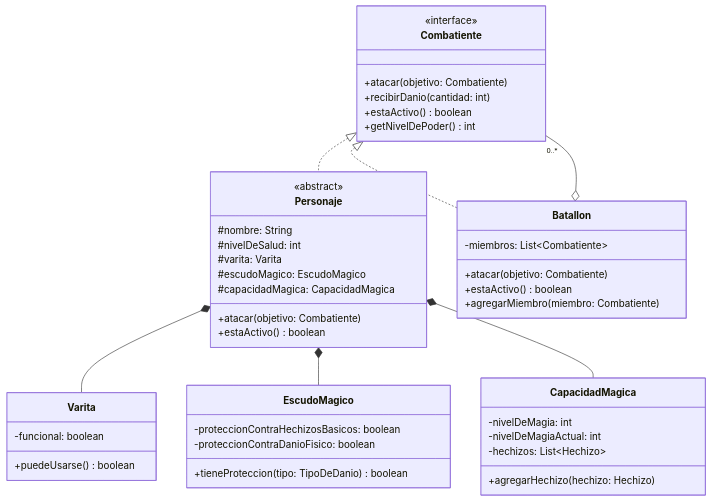
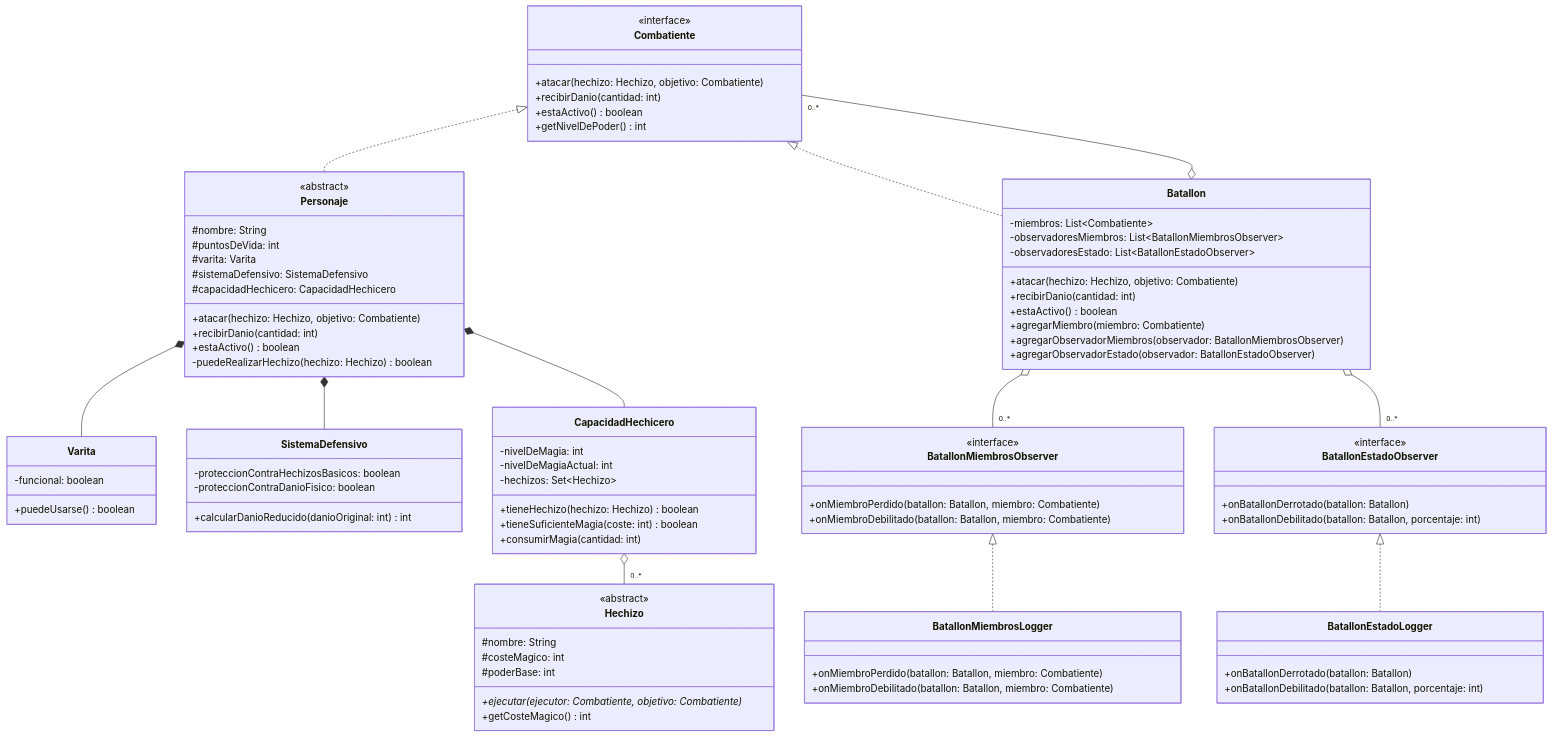
The diagram in diagrama-batalla.md (solc21/TP2-BatallaMyM), drawn with Mermaid before and after one commit. The commit also changed 59 other files, not shown here.

````diff
--- a/diagrama-batalla.md
+++ b/diagrama-batalla.md
@@ -3,53 +3,104 @@
 ```mermaid
 classDiagram
+    %% Interfaces
     class Combatiente {
         <<interface>>
-        +atacar(objetivo: Combatiente)
+        +atacar(hechizo: Hechizo, objetivo: Combatiente)
         +recibirDanio(cantidad: int)
         +estaActivo() boolean
         +getNivelDePoder() int
     }
-    
+
+    class BatallonMiembrosObserver {
+        <<interface>>
+        +onMiembroPerdido(batallon: Batallon, miembro: Combatiente)
+        +onMiembroDebilitado(batallon: Batallon, miembro: Combatiente)
+    }
+
+    class BatallonEstadoObserver {
+        <<interface>>
+        +onBatallonDerrotado(batallon: Batallon)
+        +onBatallonDebilitado(batallon: Batallon, porcentaje: int)
+    }
+
+    %% Clases principales
     class Personaje {
         <<abstract>>
         #nombre: String
-        #nivelDeSalud: int
+        #puntosDeVida: int
         #varita: Varita
-        #escudoMagico: EscudoMagico
-        #capacidadMagica: CapacidadMagica
-        +atacar(objetivo: Combatiente)
+        #sistemaDefensivo: SistemaDefensivo
+        #capacidadHechicero: CapacidadHechicero
+        +atacar(hechizo: Hechizo, objetivo: Combatiente)
+        +recibirDanio(cantidad: int)
         +estaActivo() boolean
+        -puedeRealizarHechizo(hechizo: Hechizo) boolean
     }
-    
-    class EscudoMagico {
+
+    class Batallon {
+        -miembros: List~Combatiente~
+        -observadoresMiembros: List~BatallonMiembrosObserver~
+        -observadoresEstado: List~BatallonEstadoObserver~
+        +atacar(hechizo: Hechizo, objetivo: Combatiente)
+        +recibirDanio(cantidad: int)
+        +estaActivo() boolean
+        +agregarMiembro(miembro: Combatiente)
+        +agregarObservadorMiembros(observador: BatallonMiembrosObserver)
+        +agregarObservadorEstado(observador: BatallonEstadoObserver)
+    }
+
+    %% Observadores concretos
+    class BatallonMiembrosLogger {
+        +onMiembroPerdido(batallon: Batallon, miembro: Combatiente)
+        +onMiembroDebilitado(batallon: Batallon, miembro: Combatiente)
+    }
+
+    class BatallonEstadoLogger {
+        +onBatallonDerrotado(batallon: Batallon)
+        +onBatallonDebilitado(batallon: Batallon, porcentaje: int)
+    }
+
+    %% Clases de apoyo
+    class Hechizo {
+        <<abstract>>
+        #nombre: String
+        #costeMagico: int
+        #poderBase: int
+        +ejecutar(ejecutor: Combatiente, objetivo: Combatiente)*
+        +getCosteMagico() int
+    }
+
+    class CapacidadHechicero {
+        -nivelDeMagia: int
+        -nivelDeMagiaActual: int
+        -hechizos: Set~Hechizo~
+        +tieneHechizo(hechizo: Hechizo) boolean
+        +tieneSuficienteMagia(coste: int) boolean
+        +consumirMagia(cantidad: int)
+    }
+
+    class SistemaDefensivo {
         -proteccionContraHechizosBasicos: boolean
         -proteccionContraDanioFisico: boolean
-        +tieneProteccion(tipo: TipoDeDanio) boolean
+        +calcularDanioReducido(danioOriginal: int) int
     }
-    
-    class CapacidadMagica {
-        -nivelDeMagia: int
-        -nivelDeMagiaActual: int
-        -hechizos: List~Hechizo~
-        +agregarHechizo(hechizo: Hechizo)
-    }
-    
+
     class Varita {
         -funcional: boolean
         +puedeUsarse() boolean
     }
-    
-    class Batallon {
-        -miembros: List~Combatiente~
-        +atacar(objetivo: Combatiente)
-        +estaActivo() boolean
-        +agregarMiembro(miembro: Combatiente)
-    }
-    
+
+    %% Relaciones
     Combatiente <|.. Personaje
     Combatiente <|.. Batallon
     Batallon o-- "0..*" Combatiente
+    Batallon o-- "0..*" BatallonMiembrosObserver
+    Batallon o-- "0..*" BatallonEstadoObserver
+    BatallonMiembrosObserver <|.. BatallonMiembrosLogger
+    BatallonEstadoObserver <|.. BatallonEstadoLogger
     Personaje *-- Varita
-    Personaje *-- EscudoMagico
-    Personaje *-- CapacidadMagica
+    Personaje *-- SistemaDefensivo
+    Personaje *-- CapacidadHechicero
+    CapacidadHechicero o-- "0..*" Hechizo
+
 ```
````
